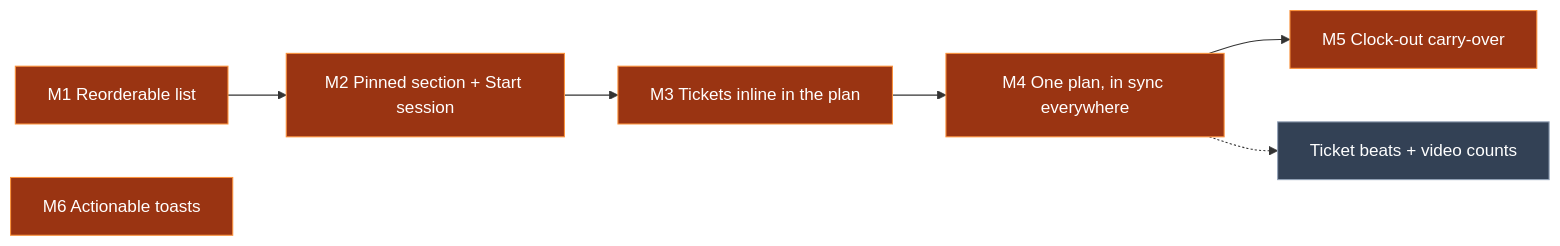
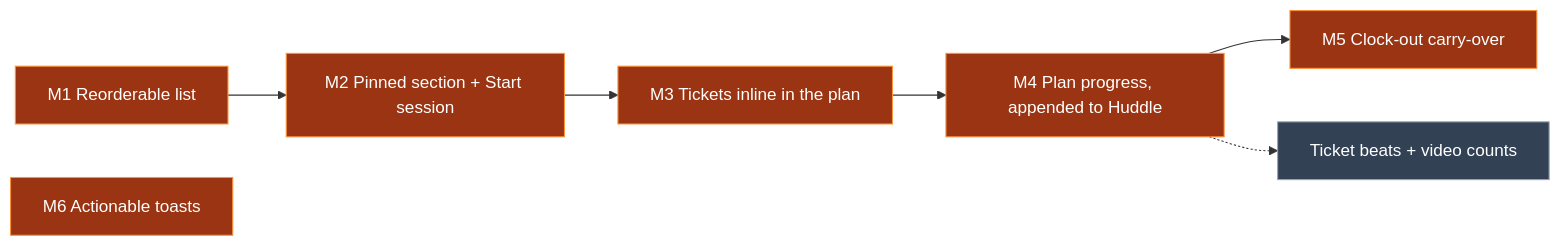
Before and after one commit to mieweb/timehuddle: the diagram in docs/mvp-gap-plan.md, drawn with Mermaid. The commit also changed other lines of this file, not shown here.

First line of the commit message:
docs: treat the Huddle timeline as append-only in the MVP plan (#880)

````diff
--- a/docs/mvp-gap-plan.md
+++ b/docs/mvp-gap-plan.md
@@ -263,12 +291,12 @@
 ```mermaid
 graph LR
     classDef mvp fill:#9a3412,stroke:#fb923c,color:#fff
     classDef later fill:#334155,stroke:#94a3b8,color:#fff
     Reorder["M1 Reorderable list"]:::mvp --> Pins["M2 Pinned section + Start session"]:::mvp
     Pins --> Inline["M3 Tickets inline in the plan"]:::mvp
-    Inline --> Sync["M4 One plan, in sync everywhere"]:::mvp
+    Inline --> Sync["M4 Plan progress, appended to Huddle"]:::mvp
     Sync --> Carry["M5 Clock-out carry-over"]:::mvp
     Toasts["M6 Actionable toasts"]:::mvp
     Beats["Ticket beats + video counts"]:::later
     Sync -.-> Beats
 ```
````
